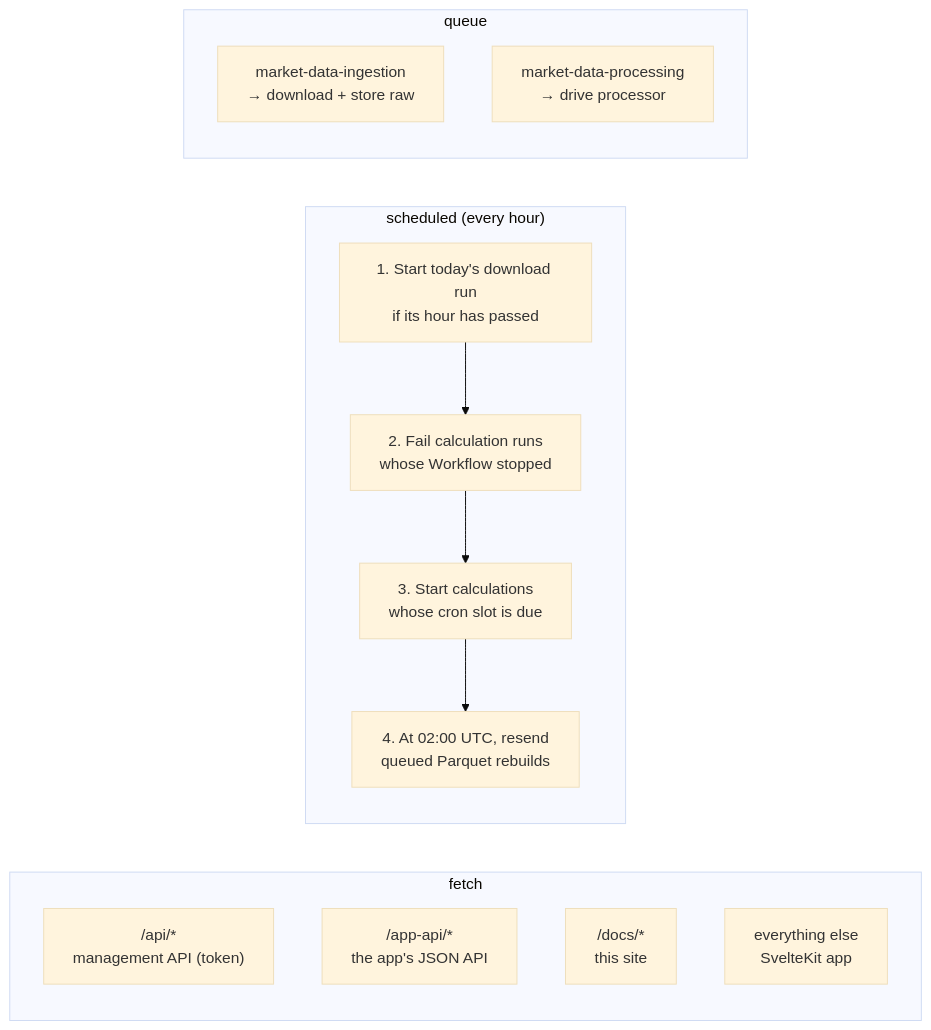
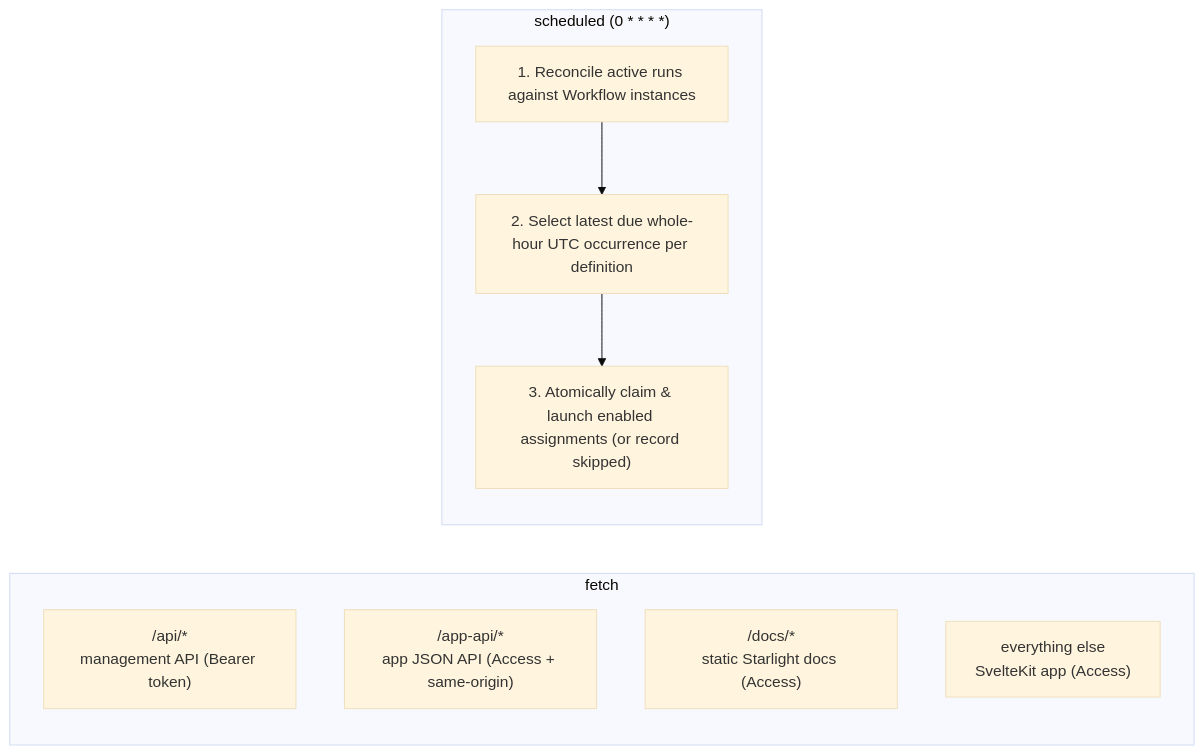
The second of 2 diagrams in docs/src/content/docs/architecture.md (maxime-filippini/data-service), drawn with Mermaid (base theme) before and after one commit. The commit also changed other lines of this file and 165 other files, not shown here.

````diff
--- a/docs/src/content/docs/architecture.md
+++ b/docs/src/content/docs/architecture.md
@@ -68,23 +63,17 @@
 ```mermaid
 flowchart LR
   subgraph fetch
     direction TB
-    f1["/api/*<br/>management API (token)"]
-    f2["/app-api/*<br/>the app's JSON API"]
-    f3["/docs/*<br/>this site"]
-    f4["everything else<br/>SvelteKit app"]
+    f1["/api/*<br/>management API (Bearer token)"]
+    f2["/app-api/*<br/>app JSON API (Access + same-origin)"]
+    f3["/docs/*<br/>static Starlight docs (Access)"]
+    f4["everything else<br/>SvelteKit app (Access)"]
   end
-  subgraph scheduled["scheduled (every hour)"]
+  subgraph scheduled["scheduled (0 * * * *)"]
     direction TB
-    s1["1. Start today's download run<br/>if its hour has passed"]
-    s2["2. Fail calculation runs<br/>whose Workflow stopped"]
-    s3["3. Start calculations<br/>whose cron slot is due"]
-    s4["4. At 02:00 UTC, resend<br/>queued Parquet rebuilds"]
-    s1 --> s2 --> s3 --> s4
-  end
-  subgraph queue
-    direction TB
-    q1["market-data-ingestion<br/>→ download + store raw"]
-    q2["market-data-processing<br/>→ drive processor"]
+    s1["1. Reconcile active runs against Workflow instances"]
+    s2["2. Select latest due whole-hour UTC occurrence per definition"]
+    s3["3. Atomically claim & launch enabled assignments (or record skipped)"]
+    s1 --> s2 --> s3
   end
 ```
````
